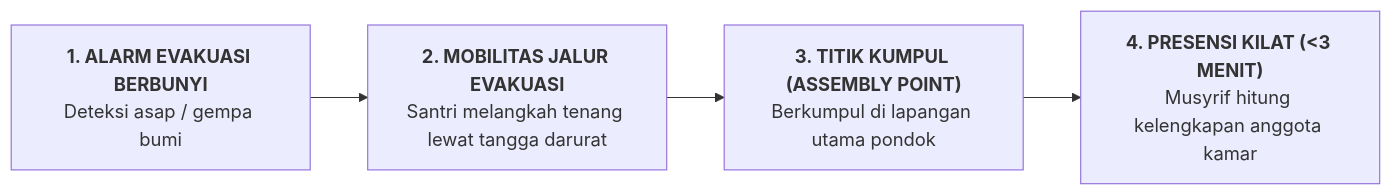
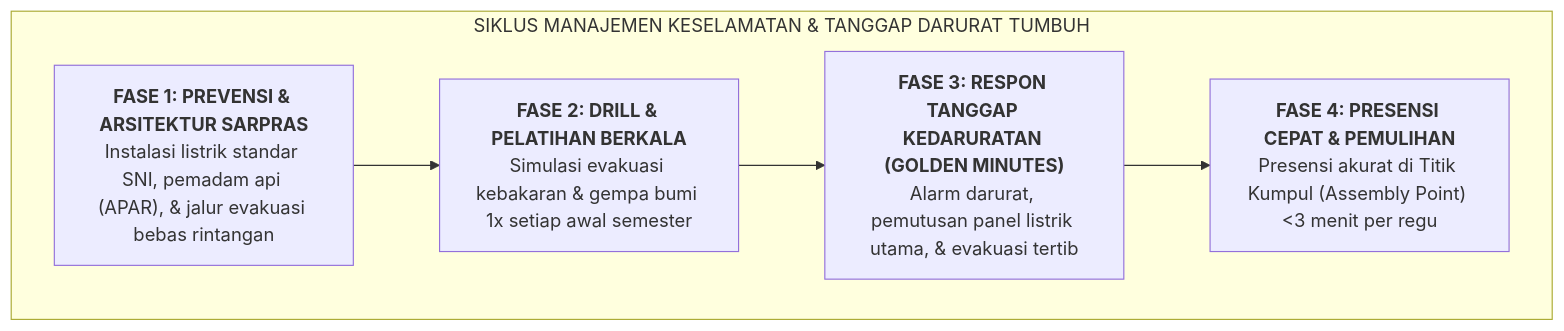
One commit to wandiapriliyandi/tumbuh changed the diagram in BOOK Series 2/Volume-05-Manual-Operasional-SOP-24Jam-dan-Tata-Kelola/Bab-07-Manajemen-Krisis-dan-Perlindungan-Anak/03-Manajemen-Krisis-Kebakaran-dan-Evakuasi.md. Above: the diagram before and after it, drawn with Mermaid. The commit also changed other lines of this file and 61 other files, not shown here.

````diff
--- a/BOOK Series 2/Volume-05-Manual-Operasional-SOP-24Jam-dan-Tata-Kelola/Bab-07-Manajemen-Krisis-dan-Perlindungan-Anak/03-Manajemen-Krisis-Kebakaran-dan-Evakuasi.md
+++ b/BOOK Series 2/Volume-05-Manual-Operasional-SOP-24Jam-dan-Tata-Kelola/Bab-07-Manajemen-Krisis-dan-Perlindungan-Anak/03-Manajemen-Krisis-Kebakaran-dan-Evakuasi.md
@@ -11,6 +11,14 @@
 ```mermaid
-flowchart LR
-    Deteksi["<b>1. ALARM EVAKUASI BERBUNYI</b><br/>Deteksi asap / gempa bumi"] --> Jalur["<b>2. MOBILITAS JALUR EVAKUASI</b><br/>Santri melangkah tenang lewat tangga darurat"]
-    Jalur --> TitikKumpul["<b>3. TITIK KUMPUL (ASSEMBLY POINT)</b><br/>Berkumpul di lapangan utama pondok"]
-    TitikKumpul --> Presensi["<b>4. PRESENSI KILAT (<3 MENIT)</b><br/>Musyrif hitung kelengkapan anggota kamar"]
+flowchart TD
+    subgraph SiklusMitigasiBencana["SIKLUS MANAJEMEN KESELAMATAN & TANGGAP DARURAT TUMBUH"]
+        P1["<b>FASE 1: PREVENSI & ARSITEKTUR SARPRAS</b><br/>Instalasi listrik standar SNI, pemadam api (APAR), & jalur evakuasi bebas rintangan"]
+        
+        P2["<b>FASE 2: DRILL & PELATIHAN BERKALA</b><br/>Simulasi evakuasi kebakaran & gempa bumi 1x setiap awal semester"]
+        
+        P3["<b>FASE 3: RESPON TANGGAP KEDARURATAN (GOLDEN MINUTES)</b><br/>Alarm darurat, pemutusan panel listrik utama, & evakuasi tertib"]
+        
+        P4["<b>FASE 4: PRESENSI CEPAT & PEMULIHAN</b><br/>Presensi akurat di Titik Kumpul (Assembly Point) <3 menit per regu"]
+
+        P1 --> P2 --> P3 --> P4
+    end
 ```
````
